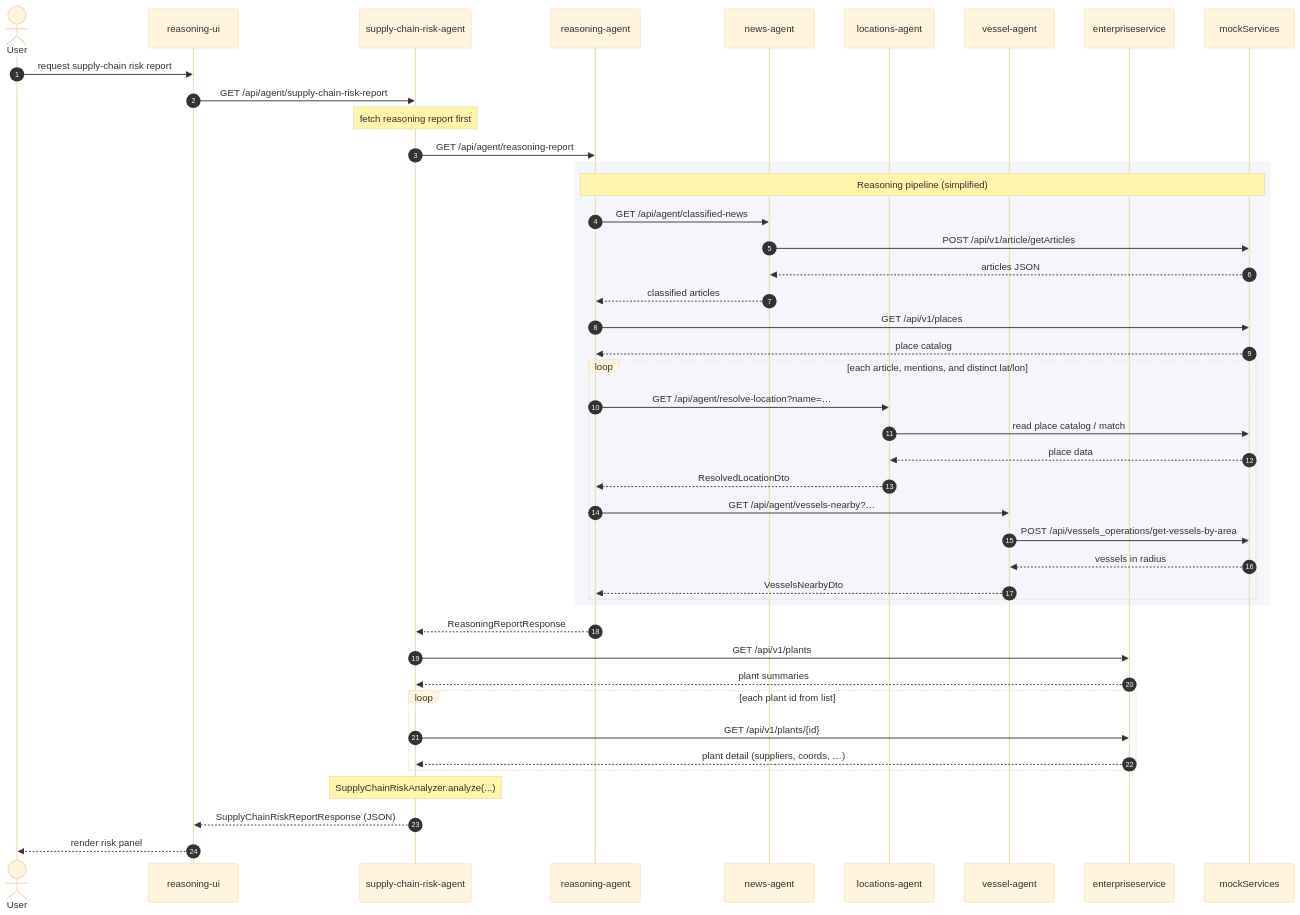
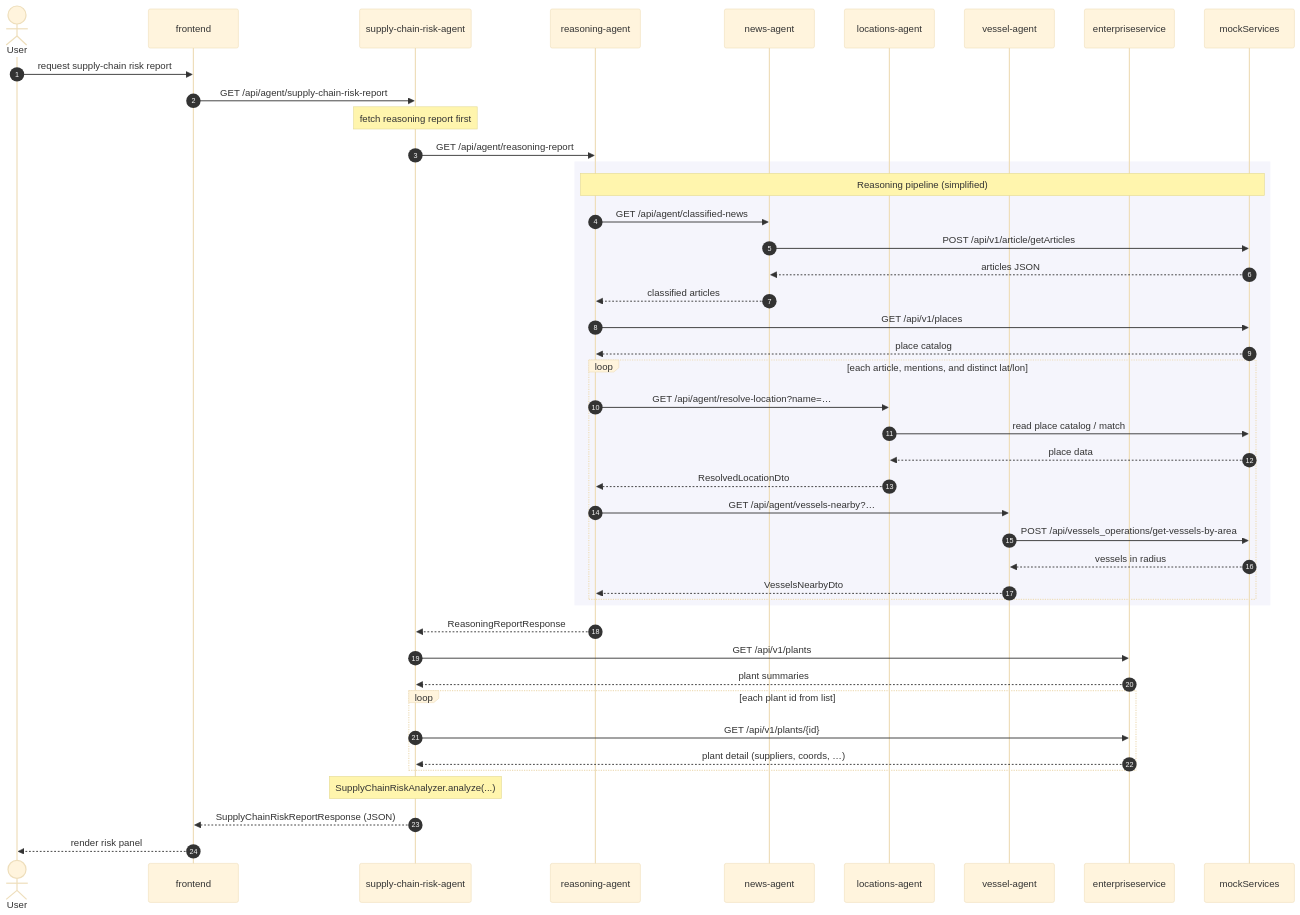
The third of 3 diagrams in agents/readme.md (balajimurugesan2016/CursorHackathon), drawn with Mermaid (base theme) before and after one commit. The commit also changed other lines of this file and 2 other files, not shown here.

First line of the commit message:
docs: frontend as primary UI; reasoning-ui as test harness

````diff
--- a/agents/readme.md
+++ b/agents/readme.md
@@ -121,49 +121,49 @@
 ```mermaid
 sequenceDiagram
   autonumber
   actor User
-  participant UI as reasoning-ui
+  participant UI as frontend
   participant SCR as supply-chain-risk-agent
   participant RA as reasoning-agent
   participant NA as news-agent
   participant LA as locations-agent
   participant VA as vessel-agent
   participant ENT as enterpriseservice
   participant MOCK as mockServices
 
   User->>UI: request supply-chain risk report
   UI->>SCR: GET /api/agent/supply-chain-risk-report
   Note over SCR: fetch reasoning report first
   SCR->>RA: GET /api/agent/reasoning-report
 
   rect rgb(245, 245, 252)
     Note over RA, MOCK: Reasoning pipeline (simplified)
     RA->>NA: GET /api/agent/classified-news
     NA->>MOCK: POST /api/v1/article/getArticles
     MOCK-->>NA: articles JSON
     NA-->>RA: classified articles
     RA->>MOCK: GET /api/v1/places
     MOCK-->>RA: place catalog
     loop each article, mentions, and distinct lat/lon
       RA->>LA: GET /api/agent/resolve-location?name=…
       LA->>MOCK: read place catalog / match
       MOCK-->>LA: place data
       LA-->>RA: ResolvedLocationDto
       RA->>VA: GET /api/agent/vessels-nearby?…
       VA->>MOCK: POST /api/vessels_operations/get-vessels-by-area
       MOCK-->>VA: vessels in radius
       VA-->>RA: VesselsNearbyDto
     end
   end
   RA-->>SCR: ReasoningReportResponse
 
   SCR->>ENT: GET /api/v1/plants
   ENT-->>SCR: plant summaries
   loop each plant id from list
     SCR->>ENT: GET /api/v1/plants/{id}
     ENT-->>SCR: plant detail (suppliers, coords, …)
   end
   Note over SCR: SupplyChainRiskAnalyzer.analyze(...)
   SCR-->>UI: SupplyChainRiskReportResponse (JSON)
   UI-->>User: render risk panel
 ```
````
